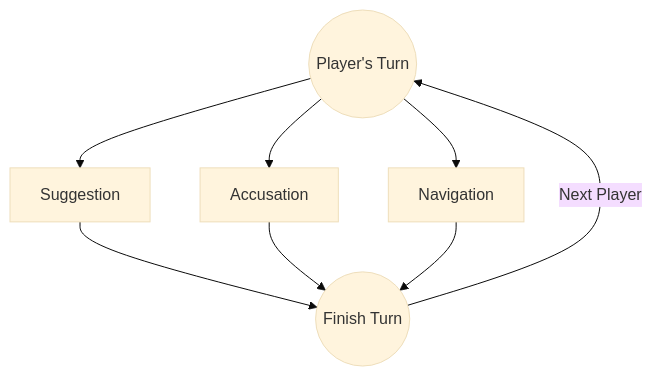
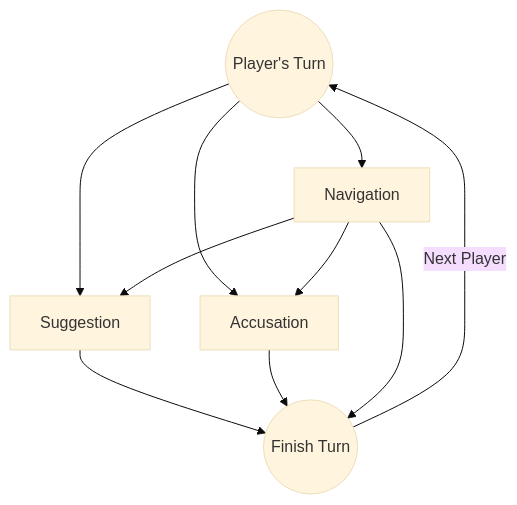
The diagram in diagrams/players_turn_diagram.md (YiangoKarp/Clue-Less), drawn with Mermaid (base theme) before and after one commit.

Commit message:
Updated player's turn diagram

````diff
--- a/diagrams/players_turn_diagram.md
+++ b/diagrams/players_turn_diagram.md
@@ -1,12 +1,15 @@
 ```mermaid
 
 graph TD
 
 PT((Player's Turn)) --> S[Suggestion]
 PT --> A[Accusation]
 PT --> N[Navigation]
+N --> S
+N --> A
+
 S --> FT((Finish Turn))
 A --> FT
 N --> FT
 FT --> | Next Player | PT
 ```
````
